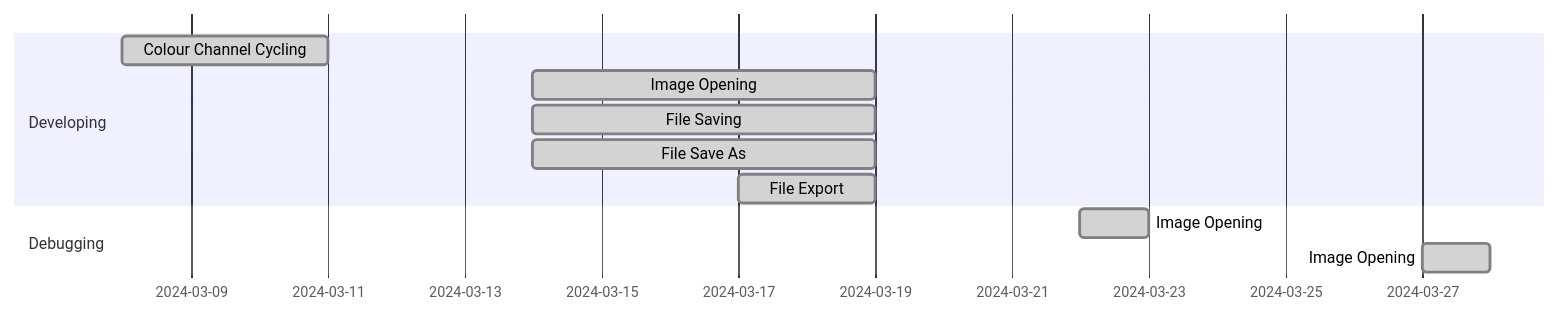
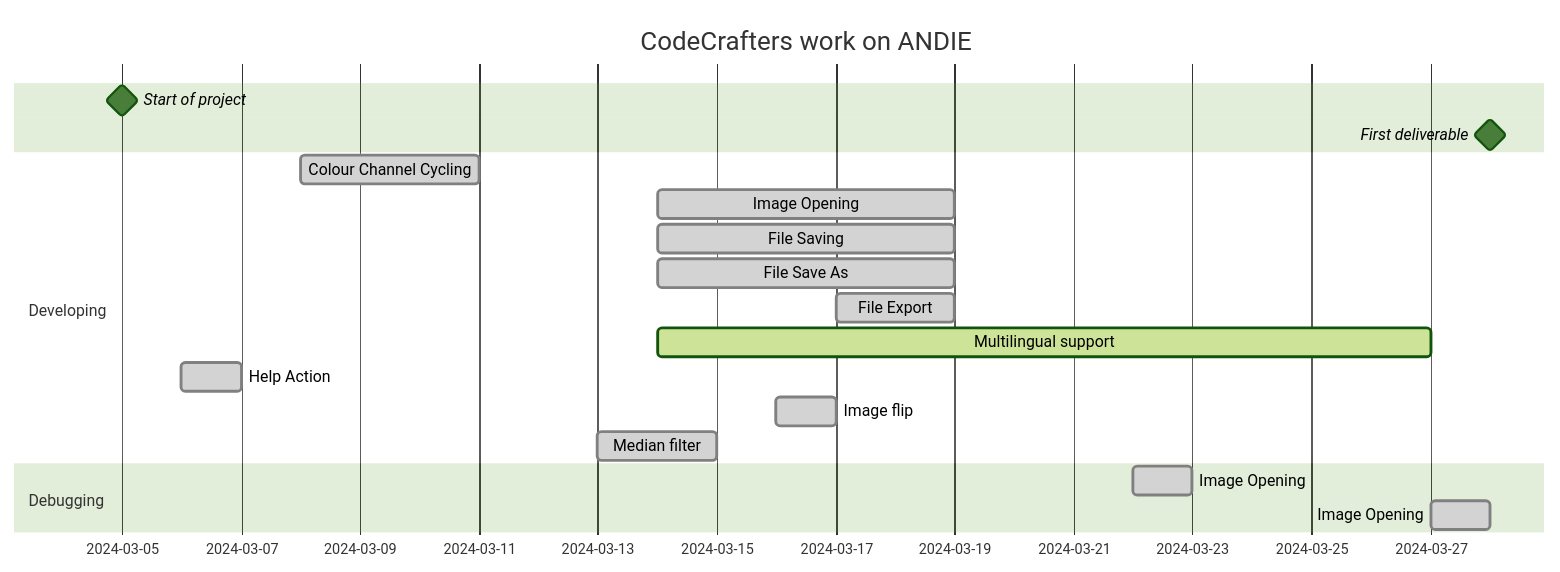
Before and after one commit to greateden/ANDIE-CodeCrafters: the diagram in README.md, drawn with Mermaid. The commit also changed other lines of this file, not shown here.

Commit message:
Updated Readme, maybe made Gantt chart look better

````diff
--- a/README.md
+++ b/README.md
@@ -75,18 +80,28 @@
 ```mermaid
+
 %% Gantt Diagram for our project
+%%{init: {'theme':'forest'}}%%
         gantt
+        title CodeCrafters work on ANDIE
         dateFormat  DD-MM-YYYY
+        Start of project: milestone, m1,05-03-2024, 
+        First deliverable: milestone, m2, 28-03-2024,
 
         section Developing
-            Colour Channel Cycling             :done, des1, 08-03-2024, 3d
-            Image Opening                      :done,  des2, 14-03-2024, 19-03-2024
-            File Saving                     :done,  des2, 14-03-2024, 19-03-2024
-            File Save As                      :done,  des2, 14-03-2024, 19-03-2024
-            File Export                    :done,  des2, 17-03-2024, 19-03-2024
+            Colour Channel Cycling              :done, des1, 08-03-2024, 3d
+            Image Opening                       :done,  des2, 14-03-2024, 19-03-2024
+            File Saving                         :done,  des2, 14-03-2024, 19-03-2024
+            File Save As                        :done,  des2, 14-03-2024, 19-03-2024
+            File Export                         :done,  des2, 17-03-2024, 19-03-2024
+            Multilingual support                :active, des2, 14-03-2024, 27-03-2024
+            Help Action                         :done, des1, 06-03-2024, 07-03-2024
+            Image flip                          :done, des1, 16-03-2024, 17-03-2024
+            Median filter                       :done, des2, 13-03-2024, 15-03-2024
 
 
         section Debugging
             Image Opening                      :done , 22-03-2024, 23-03-2024
             Image Opening                      :done , 27-03-2024, 28-03-2024
 
+
 ```
````
